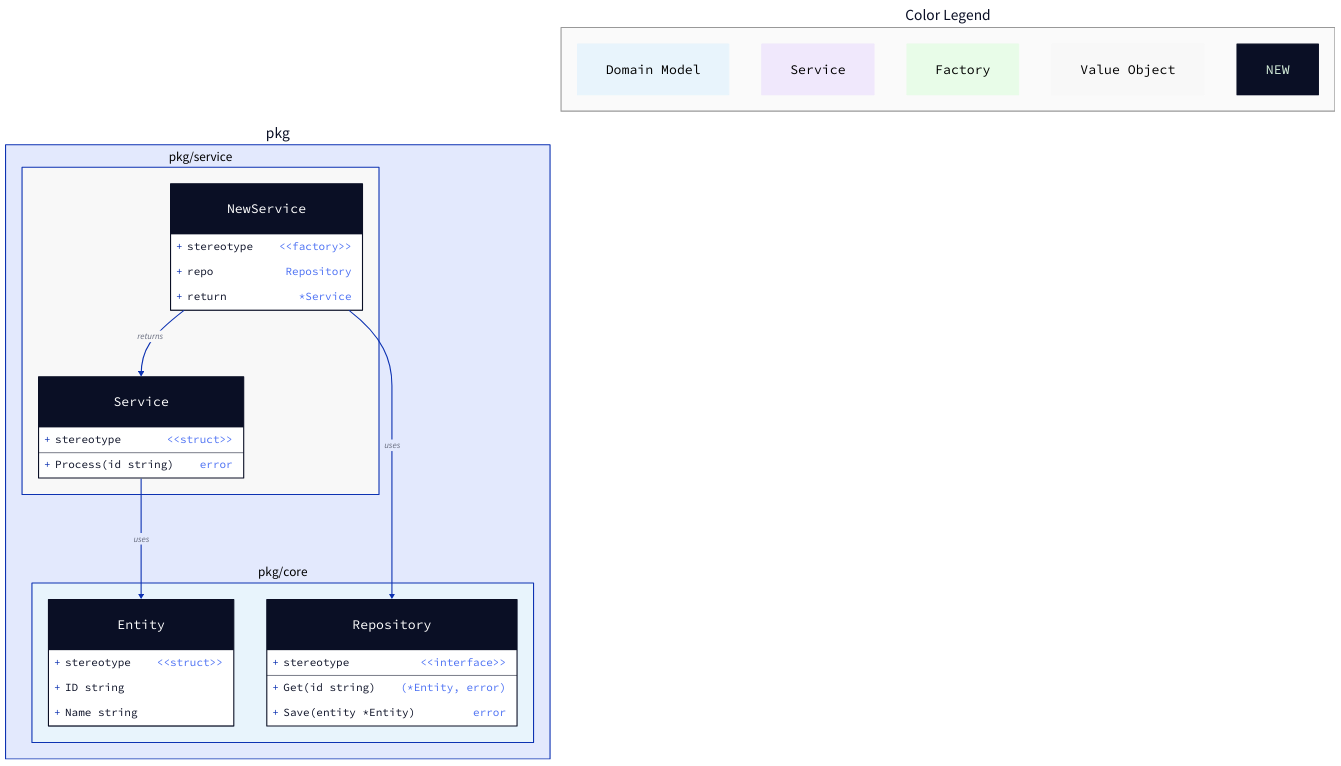
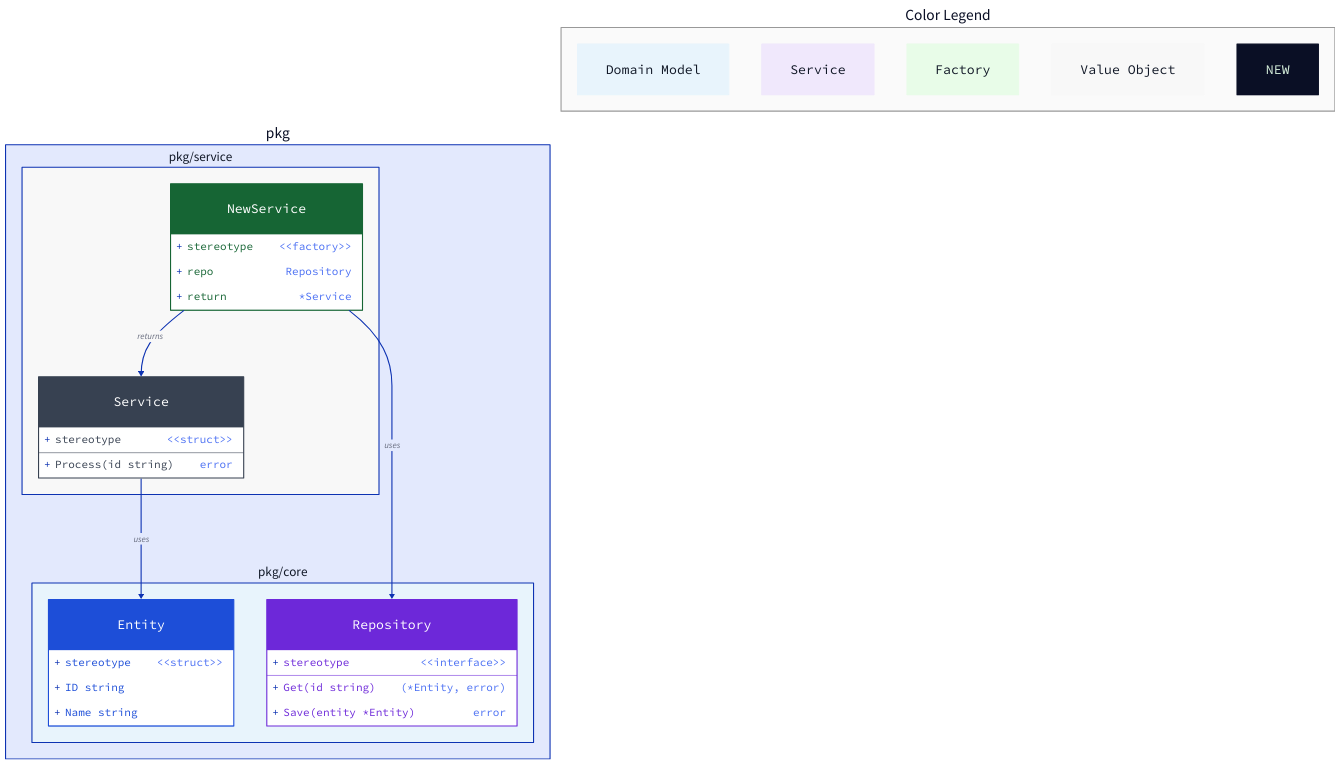
One commit to kgatilin/wyrd changed diagram 15 of 15 in docs/d2guide.md. Above: the diagram before and after it, drawn with D2. The commit also changed other lines of this file and 12 other files, not shown here.

Commit message:
Fix D2 diagram style contrast and overrides

````diff
--- a/docs/d2guide.md
+++ b/docs/d2guide.md
@@ -288,66 +313,74 @@
 ```d2
 classes: {
-  domain: { style.fill: "#e8f4fc"; style.font-color: "#000" }
-  service: { style.fill: "#f0e8fc"; style.font-color: "#000" }
-  factory: { style.fill: "#e8fce8"; style.font-color: "#000" }
-  value: { style.fill: "#f8f8f8"; style.font-color: "#000" }
+  domain: { style.fill: "#e8f4fc"; style.font-color: "#111827" }
+  service: { style.fill: "#f0e8fc"; style.font-color: "#111827" }
+  factory: { style.fill: "#e8fce8"; style.font-color: "#111827" }
+  value: { style.fill: "#f8f8f8"; style.font-color: "#111827" }
+  domain_symbol: { style.fill: "#1d4ed8"; style.font-color: "#ffffff" }
+  service_symbol: { style.fill: "#6d28d9"; style.font-color: "#ffffff" }
+  factory_symbol: { style.fill: "#166534"; style.font-color: "#ffffff" }
+  value_symbol: { style.fill: "#374151"; style.font-color: "#ffffff" }
   new: { style.font-color: "#d4edda"; style.stroke: "#d4edda" }
   new-arrow: { style.stroke: "#28a745" }
 }
 
 legend: {
   label: "Color Legend"
   style.stroke: "#999"
   style.fill: "#fafafa"
   near: top-right
 
   domain: { label: "Domain Model"; shape: class; class: domain }
   service: { label: "Service"; shape: class; class: service }
   factory: { label: "Factory"; shape: class; class: factory }
   value: { label: "Value Object"; shape: class; class: value }
   new: { label: "NEW"; shape: class; class: new }
 }
 
 pkg.core: {
   label: "pkg/core"
   class: domain
 
   Entity: {
     shape: class
+    class: domain_symbol
     stereotype: "<<struct>>"
     "+ID string": ""
     "+Name string": ""
   }
 
   Repository: {
     shape: class
+    class: service_symbol
     stereotype: "<<interface>>"
     "+Get(id string)": "(*Entity, error)"
     "+Save(entity *Entity)": "error"
   }
 }
 
 pkg.service: {
   label: "pkg/service"
   class: value
 
   Service: {
     shape: class
+    class: value_symbol
     stereotype: "<<struct>>"
     "+Process(id string)": "error"
   }
 
   NewService: {
     shape: class
+    class: factory_symbol
     stereotype: "<<factory>>"
     "repo": "Repository"
     "return": "*Service"
   }
 
   NewService -> Service: "returns"
 }
 
 # Cross-package
 pkg.service.NewService -> pkg.core.Repository: "uses"
 pkg.service.Service -> pkg.core.Entity: "uses"
 ```
````
